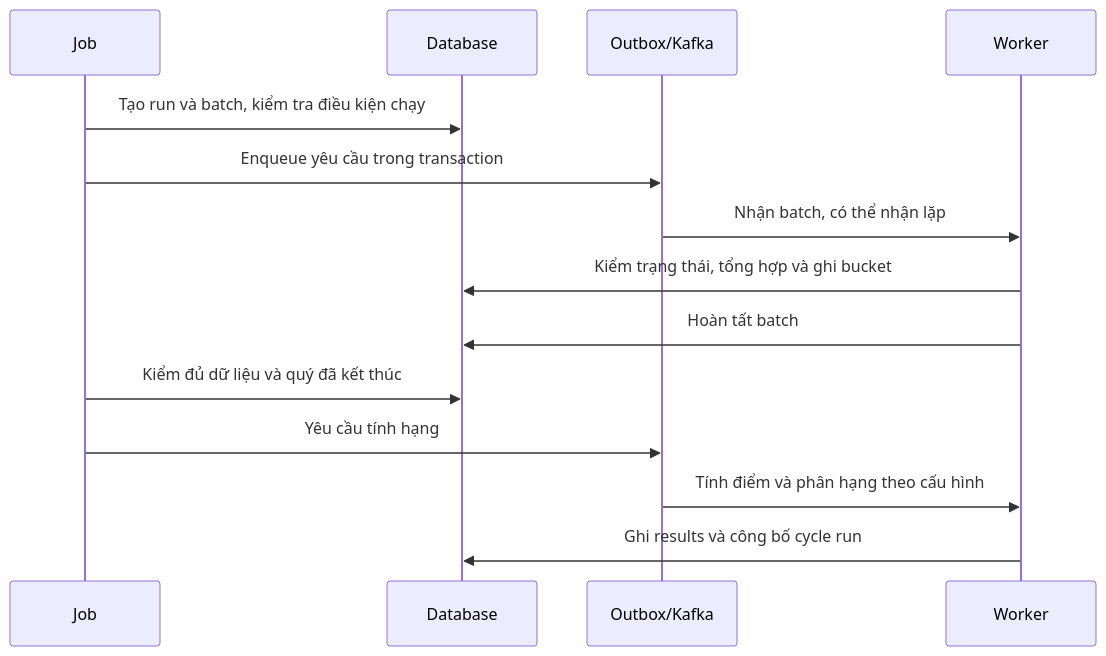
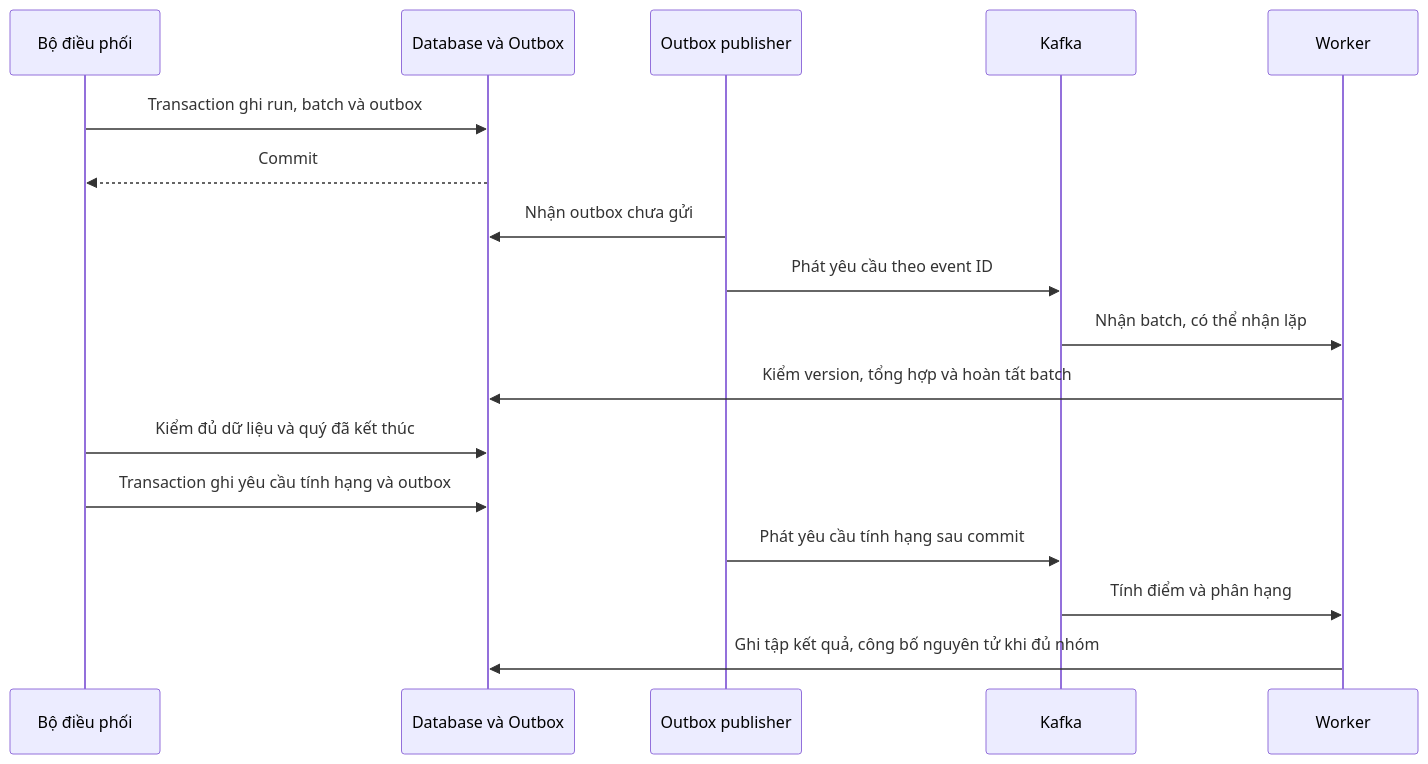
Before and after one commit to huynv-xyz/vhm-tdd: the diagram in cobroker/diagrams/cobroker-07.mmd, drawn with Mermaid. The commit also changed 13 other files, not shown here.

Commit message:
docs: strengthen Cobroker design after architecture review

```diff
--- a/cobroker/diagrams/cobroker-07.mmd
+++ b/cobroker/diagrams/cobroker-07.mmd
@@ -1,14 +1,17 @@
 sequenceDiagram
-    participant J as Job
-    participant D as Database
-    participant K as Outbox/Kafka
+    participant J as Bộ điều phối
+    participant D as Database và Outbox
+    participant P as Outbox publisher
+    participant K as Kafka
     participant W as Worker
-    J->>D: Tạo run và batch, kiểm tra điều kiện chạy
-    J->>K: Enqueue yêu cầu trong transaction
+    J->>D: Transaction ghi run, batch và outbox
+    D-->>J: Commit
+    P->>D: Nhận outbox chưa gửi
+    P->>K: Phát yêu cầu theo event ID
     K->>W: Nhận batch, có thể nhận lặp
-    W->>D: Kiểm trạng thái, tổng hợp và ghi bucket
-    W->>D: Hoàn tất batch
+    W->>D: Kiểm version, tổng hợp và hoàn tất batch
     J->>D: Kiểm đủ dữ liệu và quý đã kết thúc
-    J->>K: Yêu cầu tính hạng
-    K->>W: Tính điểm và phân hạng theo cấu hình
-    W->>D: Ghi results và công bố cycle run
+    J->>D: Transaction ghi yêu cầu tính hạng và outbox
+    P->>K: Phát yêu cầu tính hạng sau commit
+    K->>W: Tính điểm và phân hạng
+    W->>D: Ghi tập kết quả, công bố nguyên tử khi đủ nhóm
```
